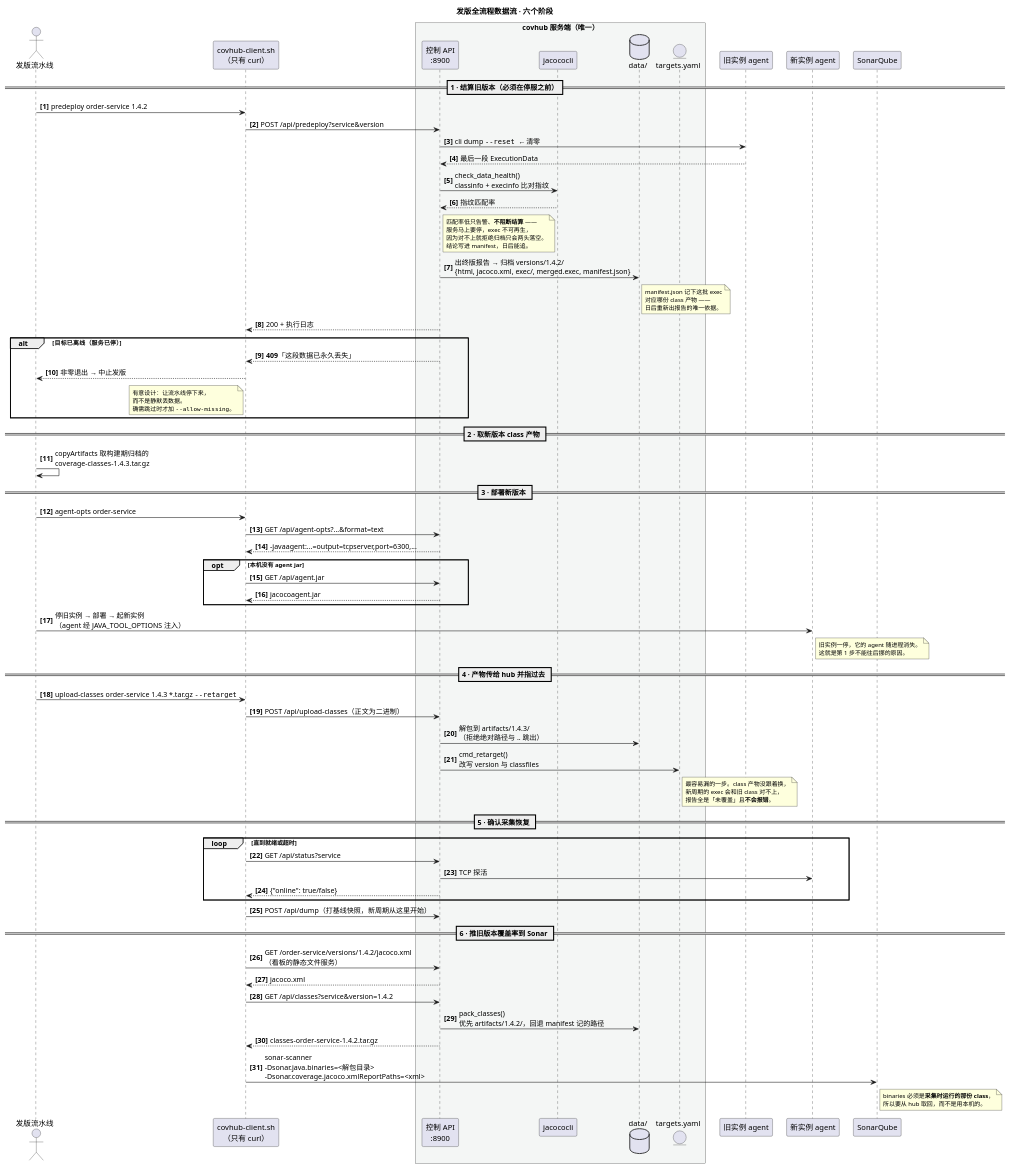
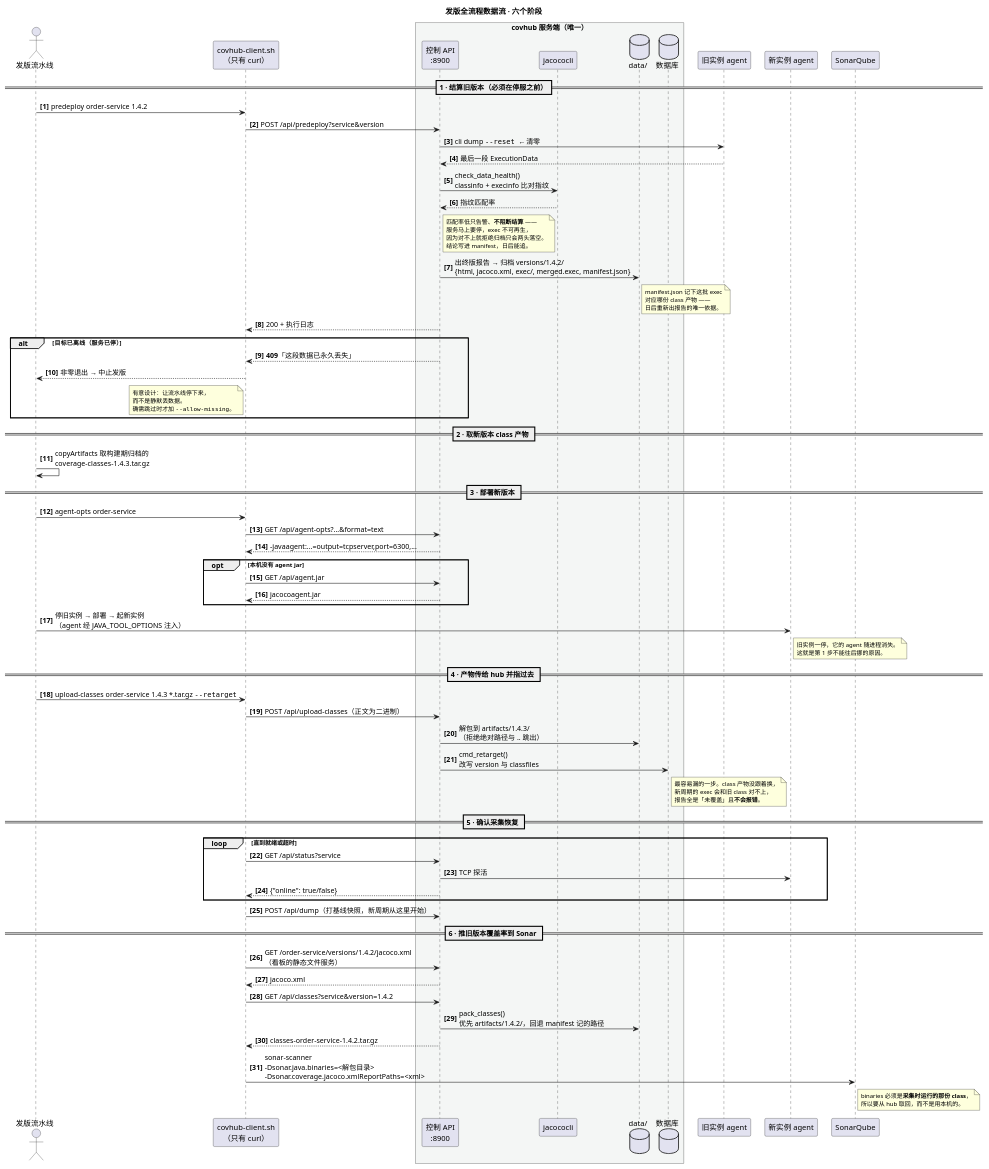
The diagram in docs/diagrams/03-release.puml (SoperRookie/coverage-hub), drawn with PlantUML before and after one commit. The commit also changed 11 other files, not shown here.

```diff
--- a/docs/diagrams/03-release.puml
+++ b/docs/diagrams/03-release.puml
@@ -1,107 +1,107 @@
 @startuml 03-release
 ' coverage-hub —— 发版全流程数据流
 ' 对应 integration/covhub-client.sh 与 integration/jenkins/Jenkinsfile.deploy 的六个阶段。
 ' 顺序是这套方案的核心，不能调整：第 1 步必须在停服之前。
 
 title 发版全流程数据流 · 六个阶段
 
 skinparam shadowing false
 skinparam ParticipantPadding 8
 skinparam BoxPadding 12
 skinparam NoteFontSize 11
 skinparam SequenceGroupBodyBackgroundColor transparent
 autonumber "<b>[0]"
 
 actor "发版流水线" as J
 participant "covhub-client.sh\n（只有 curl）" as C
 
 box "covhub 服务端（唯一）" #F4F6F5
   participant "控制 API\n:8900" as API
   participant "jacococli" as CLI
   database "data/" as D
-  entity "targets.yaml" as CFG
+  database "数据库" as CFG
 end box
 
 participant "旧实例 agent" as OLD
 participant "新实例 agent" as NEW
 participant "SonarQube" as SONAR
 
 == 1 · 结算旧版本（必须在停服之前）==
 J -> C : predeploy order-service 1.4.2
 C -> API : POST /api/predeploy?service&version
 API -> OLD : cli dump ""--reset""  ← 清零
 OLD --> API : 最后一段 ExecutionData
 API -> CLI : check_data_health()\nclassinfo + execinfo 比对指纹
 CLI --> API : 指纹匹配率
 note right of API
   匹配率低只告警、**不阻断结算** ——
   服务马上要停，exec 不可再生，
   因为对不上就拒绝归档只会两头落空。
   结论写进 manifest，日后能追。
 end note
 API -> D : 出终版报告 → 归档 versions/1.4.2/\n{html, jacoco.xml, exec/, merged.exec, manifest.json}
 note right of D
   manifest.json 记下这批 exec
   对应哪份 class 产物 ——
   日后重新出报告的唯一依据。
 end note
 API --> C : 200 + 执行日志
 alt 目标已离线（服务已停）
   API --> C : **409**「这段数据已永久丢失」
   C --> J : 非零退出 → 中止发版
   note left of C
     有意设计：让流水线停下来，
     而不是静默丢数据。
     确需跳过时才加 ""--allow-missing""。
   end note
 end
 
 == 2 · 取新版本 class 产物 ==
 J -> J : copyArtifacts 取构建期归档的\ncoverage-classes-1.4.3.tar.gz
 
 == 3 · 部署新版本 ==
 J -> C : agent-opts order-service
 C -> API : GET /api/agent-opts?...&format=text
 API --> C : -javaagent:...=output=tcpserver,port=6300,...
 opt 本机没有 agent jar
   C -> API : GET /api/agent.jar
   API --> C : jacocoagent.jar
 end
 J -> NEW : 停旧实例 → 部署 → 起新实例\n（agent 经 JAVA_TOOL_OPTIONS 注入）
 note right of NEW
   旧实例一停，它的 agent 随进程消失。
   这就是第 1 步不能往后挪的原因。
 end note
 
 == 4 · 产物传给 hub 并指过去 ==
 J -> C : upload-classes order-service 1.4.3 *.tar.gz ""--retarget""
 C -> API : POST /api/upload-classes（正文为二进制）
 API -> D : 解包到 artifacts/1.4.3/\n（拒绝绝对路径与 .. 跳出）
 API -> CFG : cmd_retarget()\n改写 version 与 classfiles
 note right of CFG
   最容易漏的一步。class 产物没跟着换，
   新周期的 exec 会和旧 class 对不上，
   报告全是「未覆盖」且**不会报错**。
 end note
 
 == 5 · 确认采集恢复 ==
 loop 直到就绪或超时
   C -> API : GET /api/status?service
   API -> NEW : TCP 探活
   API --> C : {"online": true/false}
 end
 C -> API : POST /api/dump（打基线快照，新周期从这里开始）
 
 == 6 · 推旧版本覆盖率到 Sonar ==
 C -> API : GET /order-service/versions/1.4.2/jacoco.xml\n（看板的静态文件服务）
 API --> C : jacoco.xml
 C -> API : GET /api/classes?service&version=1.4.2
 API -> D : pack_classes()\n优先 artifacts/1.4.2/，回退 manifest 记的路径
 API --> C : classes-order-service-1.4.2.tar.gz
 C -> SONAR : sonar-scanner\n-Dsonar.java.binaries=<解包目录>\n-Dsonar.coverage.jacoco.xmlReportPaths=<xml>
 note right of SONAR
   binaries 必须是**采集时运行的那份 class**，
   所以要从 hub 取回，而不是用本机的。
 end note
 
 @enduml
```
